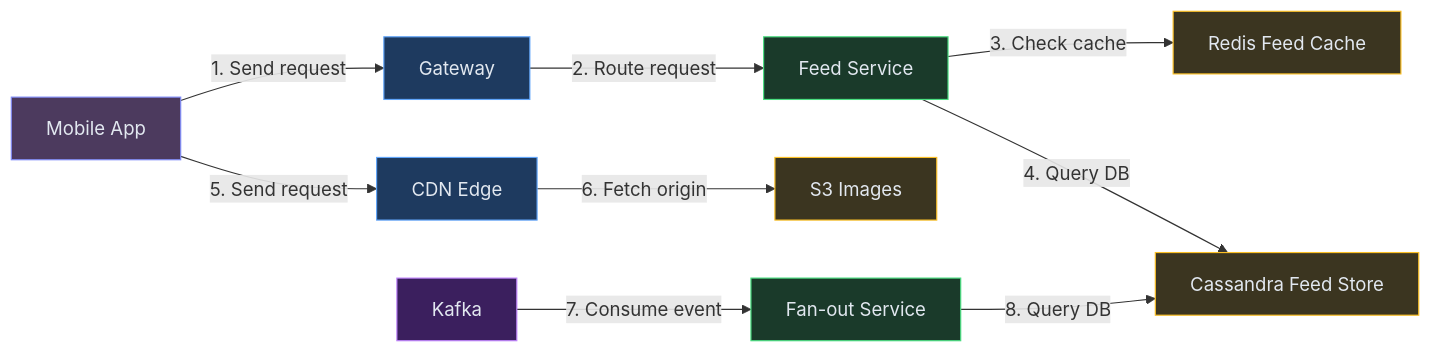
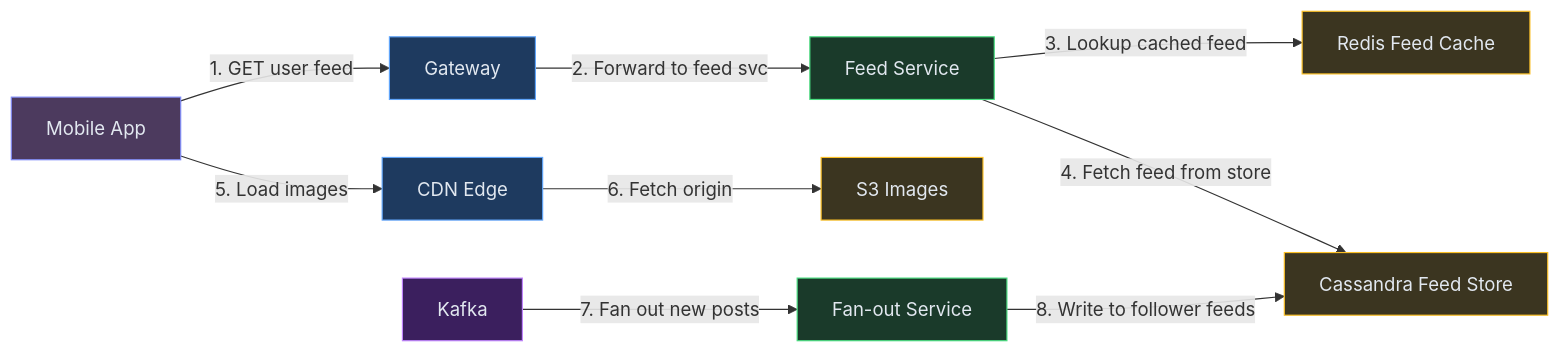
One commit to iluzn/HLD-Designs changed the third of 9 diagrams in content/hld/Instagram.md. Above: the diagram before and after it, drawn with Mermaid. The commit also changed other lines of this file and 27 other files, not shown here.

````diff
--- a/content/hld/Instagram.md
+++ b/content/hld/Instagram.md
@@ -241,27 +241,27 @@
 ```mermaid
 flowchart LR
     App["Mobile App"]:::client
     GW["Gateway"]:::edge
     FS["Feed Service"]:::service
     FC["Redis Feed Cache"]:::data
     CASS["Cassandra Feed Store"]:::data
     CDN["CDN Edge"]:::edge
     S3["S3 Images"]:::data
     FO["Fan-out Service"]:::service
     KF["Kafka"]:::async
 
-    App -->|"1. Send request"| GW
-    GW -->|"2. Route request"| FS
-    FS -->|"3. Check cache"| FC
-    FS -->|"4. Query DB"| CASS
-    App -->|"5. Send request"| CDN
+    App -->|"1. GET user feed"| GW
+    GW -->|"2. Forward to feed svc"| FS
+    FS -->|"3. Lookup cached feed"| FC
+    FS -->|"4. Fetch feed from store"| CASS
+    App -->|"5. Load images"| CDN
     CDN -->|"6. Fetch origin"| S3
-    KF -->|"7. Consume event"| FO
-    FO -->|"8. Query DB"| CASS
+    KF -->|"7. Fan out new posts"| FO
+    FO -->|"8. Write to follower feeds"| CASS
 
     classDef client fill:#4c3a5e,stroke:#818cf8,color:#e2e8f0
     classDef edge fill:#1e3a5f,stroke:#60a5fa,color:#e2e8f0
     classDef service fill:#1a3a2a,stroke:#4ade80,color:#e2e8f0
     classDef async fill:#3b1f5e,stroke:#c084fc,color:#e2e8f0
     classDef data fill:#3b3520,stroke:#fbbf24,color:#e2e8f0
 ```
````
